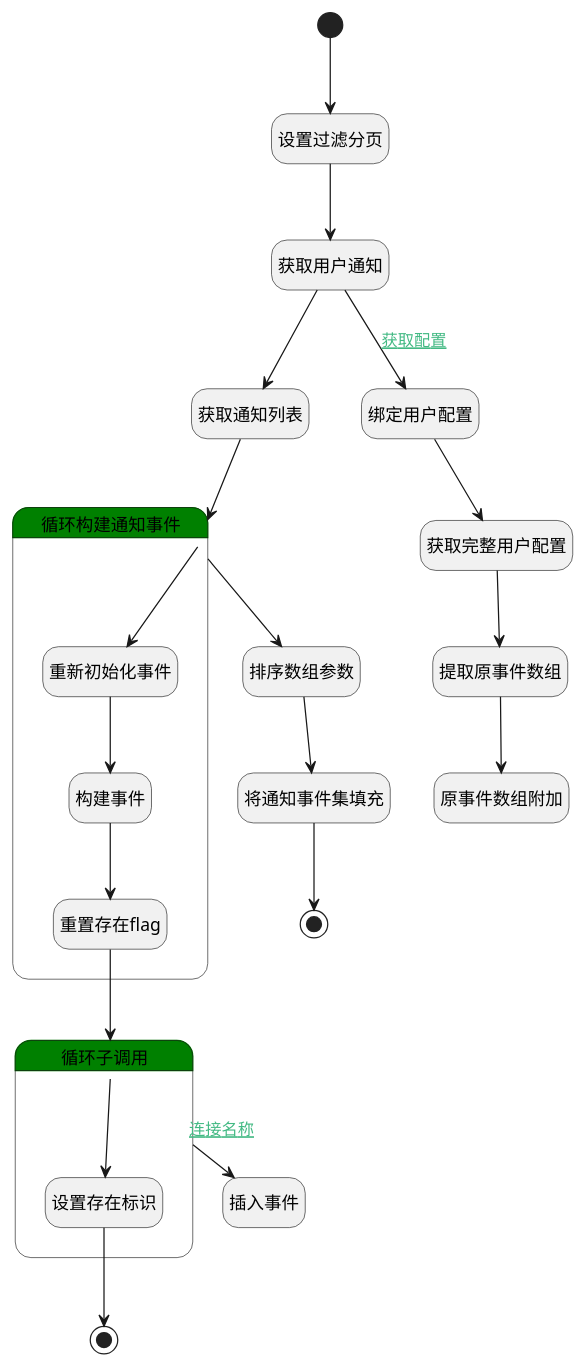
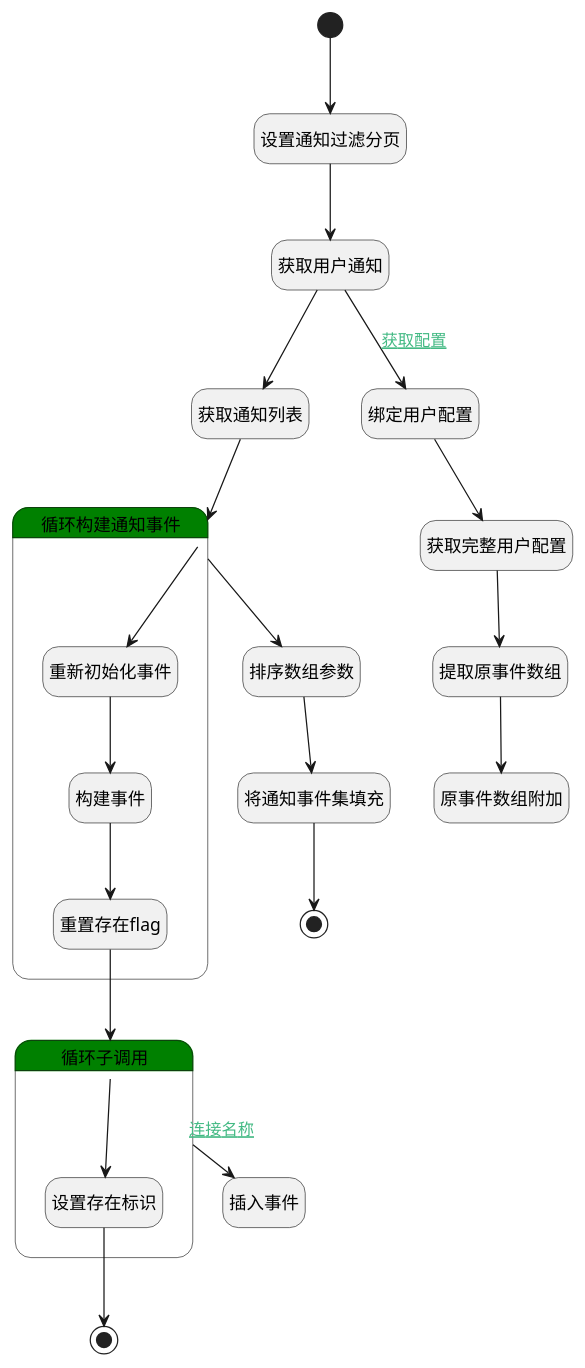
One commit to iBizLab/plm changed the diagram in doc/docsify/module/Base/notify_setting/logic/get_by_user.md. Above: the diagram before and after it, drawn with PlantUML. The commit also changed other lines of this file and 1068 other files, not shown here.

````diff
--- a/doc/docsify/module/Base/notify_setting/logic/get_by_user.md
+++ b/doc/docsify/module/Base/notify_setting/logic/get_by_user.md
@@ -7,55 +7,55 @@
 ```plantuml
 @startuml
 hide empty description
 <style>
 root {
   HyperlinkColor #42b983
 }
 </style>
 
 hide empty description
 state "开始" as Begin <<start>> [[$./get_by_user#begin {"开始"}]]
-state "设置过滤分页" as PREPAREPARAM5  [[$./get_by_user#prepareparam5 {"设置过滤分页"}]]
+state "设置通知过滤分页" as PREPAREPARAM5  [[$./get_by_user#prepareparam5 {"设置通知过滤分页"}]]
 state "获取用户通知" as DEDATASET1  [[$./get_by_user#dedataset1 {"获取用户通知"}]]
 state "获取通知列表" as DEDATASET2  [[$./get_by_user#dedataset2 {"获取通知列表"}]]
 state "结束" as END1 <<end>> [[$./get_by_user#end1 {"结束"}]]
 state "排序数组参数" as SORTPARAM1  [[$./get_by_user#sortparam1 {"排序数组参数"}]]
 state "将通知事件集填充" as PREPAREPARAM2  [[$./get_by_user#prepareparam2 {"将通知事件集填充"}]]
 state "绑定用户配置" as BINDPARAM1  [[$./get_by_user#bindparam1 {"绑定用户配置"}]]
 state "获取完整用户配置" as DEACTION1  [[$./get_by_user#deaction1 {"获取完整用户配置"}]]
 state "提取原事件数组" as BINDPARAM3  [[$./get_by_user#bindparam3 {"提取原事件数组"}]]
 state "原事件数组附加" as APPENDPARAM2  [[$./get_by_user#appendparam2 {"原事件数组附加"}]]
 state "插入事件" as APPENDPARAM1  [[$./get_by_user#appendparam1 {"插入事件"}]]
 state "结束" as END2 <<end>> [[$./get_by_user#end2 {"结束"}]]
 state "循环构建通知事件" as LOOPSUBCALL1  [[$./get_by_user#loopsubcall1 {"循环构建通知事件"}]] #green {
 state "重新初始化事件" as RENEWPARAM1  [[$./get_by_user#renewparam1 {"重新初始化事件"}]]
 state "构建事件" as PREPAREPARAM1  [[$./get_by_user#prepareparam1 {"构建事件"}]]
 state "重置存在flag" as PREPAREPARAM4  [[$./get_by_user#prepareparam4 {"重置存在flag"}]]
 }
 state "循环子调用" as LOOPSUBCALL2  [[$./get_by_user#loopsubcall2 {"循环子调用"}]] #green {
 state "设置存在标识" as PREPAREPARAM3  [[$./get_by_user#prepareparam3 {"设置存在标识"}]]
 }
 
 
 Begin --> PREPAREPARAM5
 PREPAREPARAM5 --> DEDATASET1
 DEDATASET1 --> BINDPARAM1 : [[$./get_by_user#dedataset1-bindparam1{获取配置} 获取配置]]
 BINDPARAM1 --> DEACTION1
 DEACTION1 --> BINDPARAM3
 BINDPARAM3 --> APPENDPARAM2
 DEDATASET1 --> DEDATASET2
 DEDATASET2 --> LOOPSUBCALL1
 LOOPSUBCALL1 --> RENEWPARAM1
 RENEWPARAM1 --> PREPAREPARAM1
 PREPAREPARAM1 --> PREPAREPARAM4
 PREPAREPARAM4 --> LOOPSUBCALL2
 LOOPSUBCALL2 --> PREPAREPARAM3
 PREPAREPARAM3 --> END2
 LOOPSUBCALL2 --> APPENDPARAM1 : [[$./get_by_user#loopsubcall2-appendparam1{连接名称} 连接名称]]
 LOOPSUBCALL1 --> SORTPARAM1
 SORTPARAM1 --> PREPAREPARAM2
 PREPAREPARAM2 --> END1
 
 
 @enduml
 ```
````
